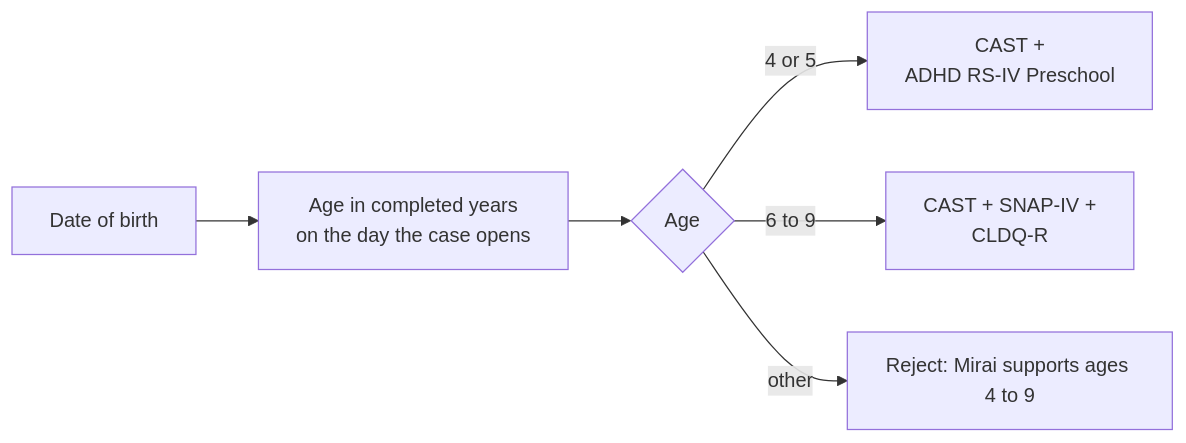
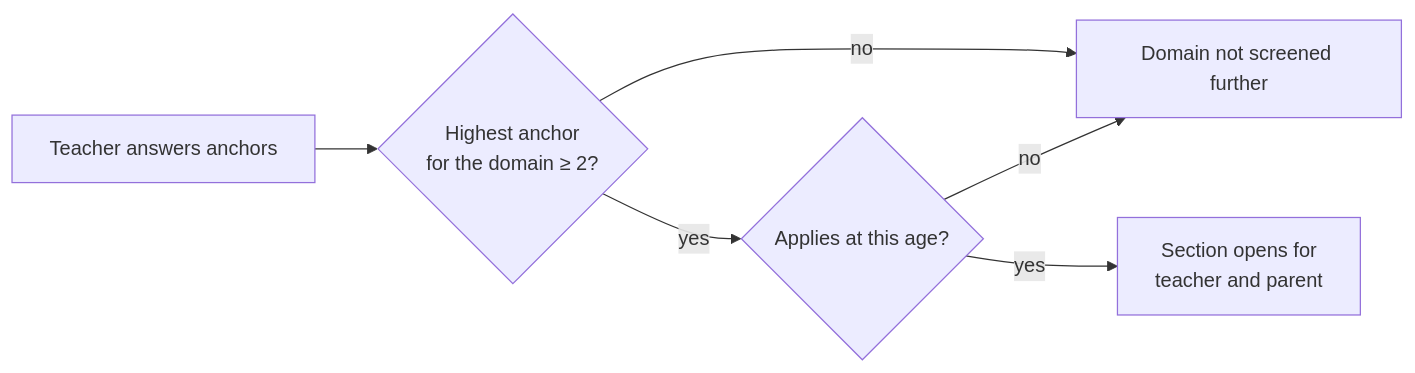
Before and after one commit to akirachix/prism-technical-documentation: the diagram in docs/backend/scoring-engine.md, drawn with Mermaid. The commit also changed other lines of this file and 154 other files, not shown here.

````diff
--- a/docs/backend/scoring-engine.md
+++ b/docs/backend/scoring-engine.md
@@ -24,8 +30,8 @@
 ```mermaid
 flowchart LR
-    DOB[Date of birth] --> AGE[Age in completed years<br/>on the day the case opens]
-    AGE --> G{Age}
-    G -->|4 or 5| A[CAST +<br/>ADHD RS-IV Preschool]
-    G -->|6 to 9| B[CAST + SNAP-IV +<br/>CLDQ-R]
-    G -->|other| X[Reject: Mirai supports ages 4 to 9]
+    T[Teacher answers anchors] --> A{Highest anchor<br/>for the domain ≥ 2?}
+    A -->|no| N[Domain not screened further]
+    A -->|yes| G{Applies at this age?}
+    G -->|no| N
+    G -->|yes| S[Section opens for<br/>teacher and parent]
 ```
````
